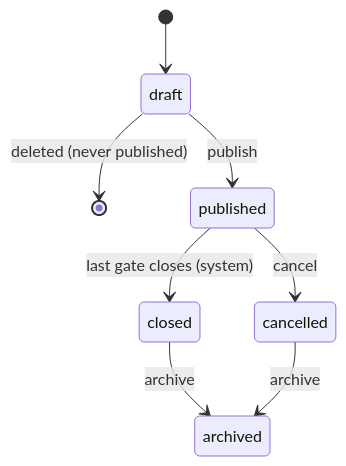
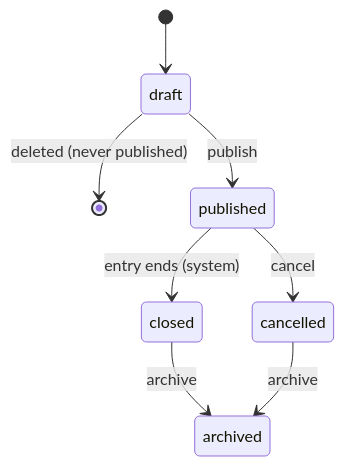
The first of 7 diagrams in doc/state-machines.md (kreativesahara/ticket), drawn with Mermaid before and after one commit. The commit also changed other lines of this file and 5 other files, not shown here.

````diff
--- a/doc/state-machines.md
+++ b/doc/state-machines.md
@@ -31,10 +32,10 @@
 ```mermaid
 stateDiagram-v2
     [*] --> draft
     draft --> [*] : deleted (never published)
     draft --> published : publish
-    published --> closed : last gate closes (system)
+    published --> closed : entry ends (system)
     published --> cancelled : cancel
     closed --> archived : archive
     cancelled --> archived : archive
 ```
````
